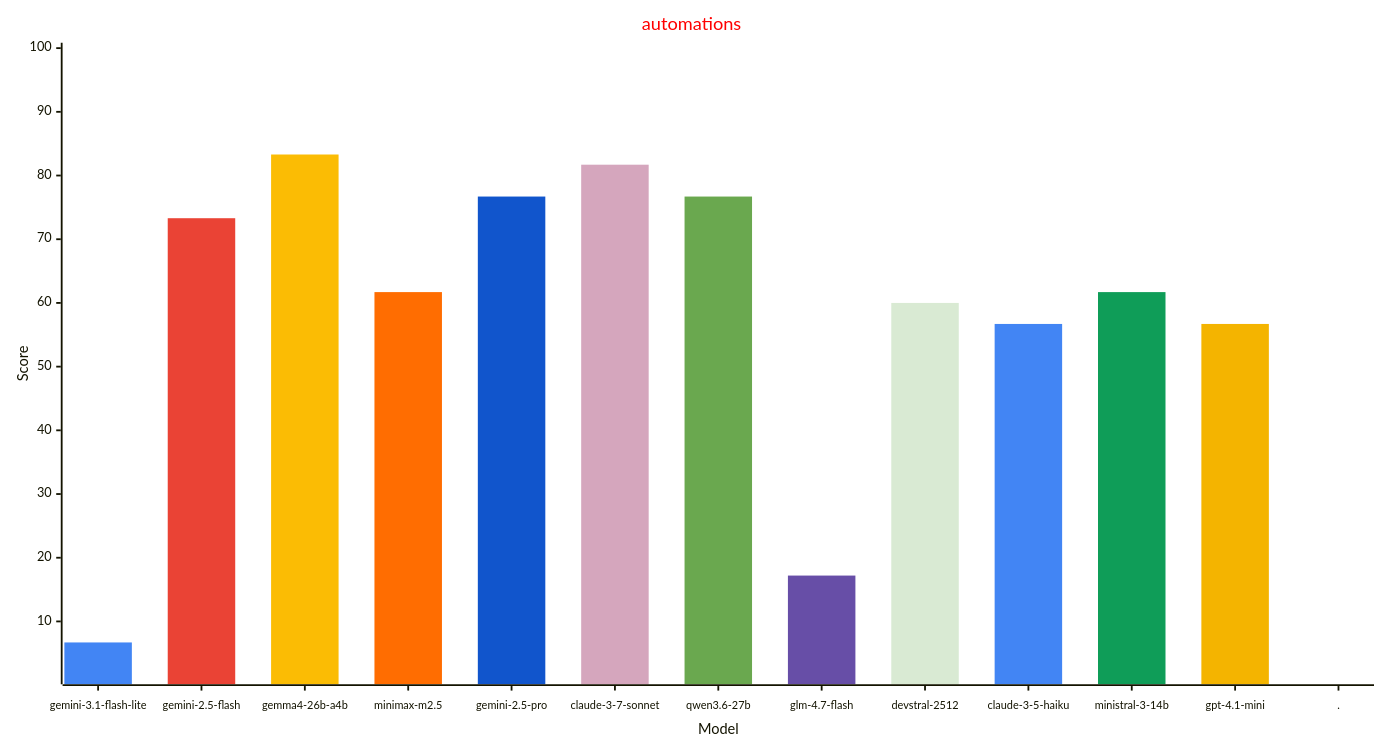
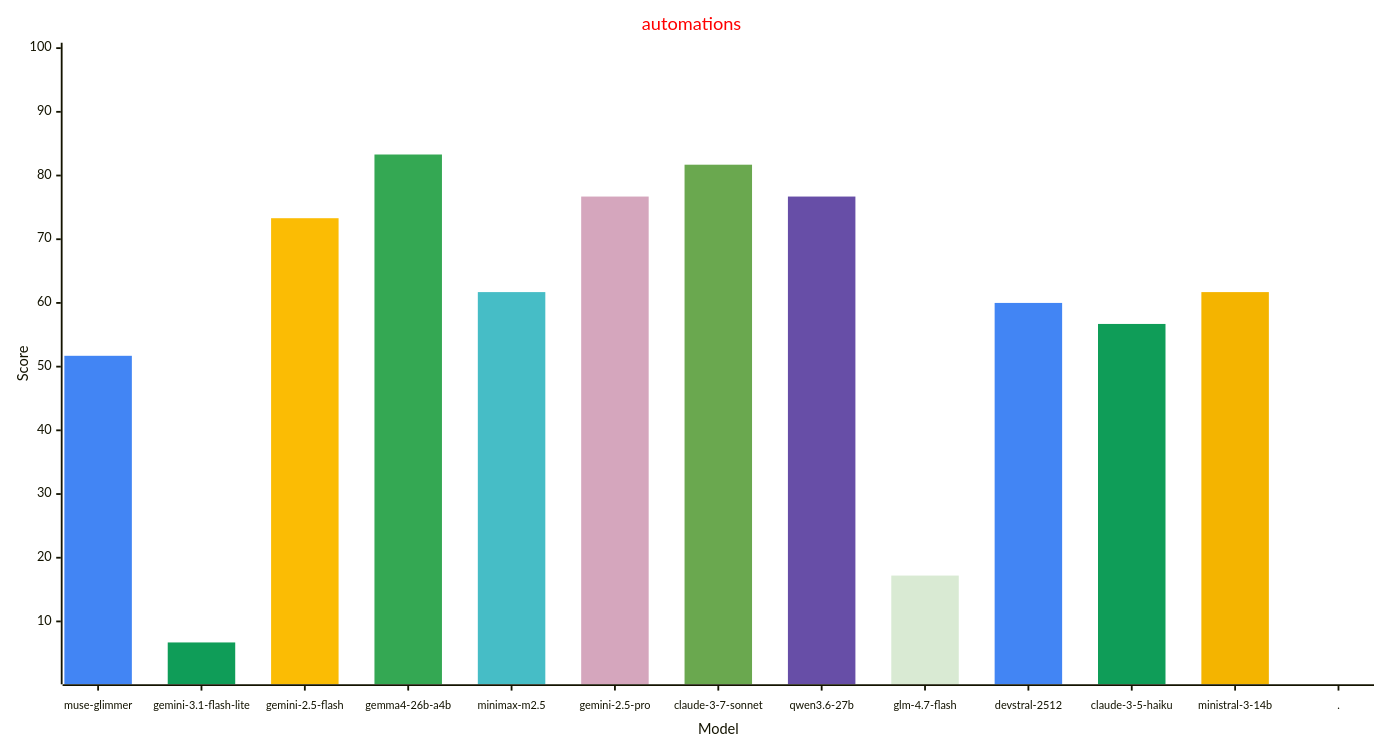
One commit to allenporter/home-assistant-datasets changed the fourth of 4 diagrams in reports/README.md. Above: the diagram before and after it, drawn with Mermaid. The commit also changed other lines of this file and 1087 other files, not shown here.

First line of the commit message:
Add report for Muse Glimmer (#339)

````diff
--- a/reports/README.md
+++ b/reports/README.md
@@ -232,33 +233,33 @@
 ```mermaid
 ---
 config:
     xyChart:
         width: 1500
         height: 800
         xAxis:
           labelFontSize: 12
           labelPadding: 8
     themeVariables:
         xyChart:
             titleColor: "#ff0000"
-            plotColorPalette: "#4285f4, #ea4335, #fbbc04, #ff6d01, #1155cc, #d5a6bd, #6aa84f, #674ea7, #d9ead3, #4285f4, #0f9d58, #f4b400, #4285f4"
+            plotColorPalette: "#4285f4, #0f9d58, #fbbc04, #34a853, #46bdc6, #d5a6bd, #6aa84f, #674ea7, #d9ead3, #4285f4, #0f9d58, #f4b400, #4285f4"
 
 ---
 xychart-beta
   title "automations"
-  x-axis "Model" [gemini-3.1-flash-lite, gemini-2.5-flash, gemma4-26b-a4b, minimax-m2.5, gemini-2.5-pro, claude-3-7-sonnet, qwen3.6-27b, glm-4.7-flash, devstral-2512, claude-3-5-haiku, ministral-3-14b, gpt-4.1-mini, .]
+  x-axis "Model" [muse-glimmer, gemini-3.1-flash-lite, gemini-2.5-flash, gemma4-26b-a4b, minimax-m2.5, gemini-2.5-pro, claude-3-7-sonnet, qwen3.6-27b, glm-4.7-flash, devstral-2512, claude-3-5-haiku, ministral-3-14b, .]
   y-axis "Score" 1 --> 100
-  bar [6.7, 0.0, 0.0, 0.0, 0.0, 0.0, 0.0, 0.0, 0.0, 0.0, 0.0, 0.0, 0.0]
-  bar [0.0, 73.3, 0.0, 0.0, 0.0, 0.0, 0.0, 0.0, 0.0, 0.0, 0.0, 0.0, 0.0]
-  bar [0.0, 0.0, 83.3, 0.0, 0.0, 0.0, 0.0, 0.0, 0.0, 0.0, 0.0, 0.0, 0.0]
-  bar [0.0, 0.0, 0.0, 61.7, 0.0, 0.0, 0.0, 0.0, 0.0, 0.0, 0.0, 0.0, 0.0]
-  bar [0.0, 0.0, 0.0, 0.0, 76.7, 0.0, 0.0, 0.0, 0.0, 0.0, 0.0, 0.0, 0.0]
-  bar [0.0, 0.0, 0.0, 0.0, 0.0, 81.7, 0.0, 0.0, 0.0, 0.0, 0.0, 0.0, 0.0]
-  bar [0.0, 0.0, 0.0, 0.0, 0.0, 0.0, 76.7, 0.0, 0.0, 0.0, 0.0, 0.0, 0.0]
-  bar [0.0, 0.0, 0.0, 0.0, 0.0, 0.0, 0.0, 17.2, 0.0, 0.0, 0.0, 0.0, 0.0]
-  bar [0.0, 0.0, 0.0, 0.0, 0.0, 0.0, 0.0, 0.0, 60.0, 0.0, 0.0, 0.0, 0.0]
-  bar [0.0, 0.0, 0.0, 0.0, 0.0, 0.0, 0.0, 0.0, 0.0, 56.7, 0.0, 0.0, 0.0]
-  bar [0.0, 0.0, 0.0, 0.0, 0.0, 0.0, 0.0, 0.0, 0.0, 0.0, 61.7, 0.0, 0.0]
-  bar [0.0, 0.0, 0.0, 0.0, 0.0, 0.0, 0.0, 0.0, 0.0, 0.0, 0.0, 56.7, 0.0]
+  bar [51.7, 0.0, 0.0, 0.0, 0.0, 0.0, 0.0, 0.0, 0.0, 0.0, 0.0, 0.0, 0.0]
+  bar [0.0, 6.7, 0.0, 0.0, 0.0, 0.0, 0.0, 0.0, 0.0, 0.0, 0.0, 0.0, 0.0]
+  bar [0.0, 0.0, 73.3, 0.0, 0.0, 0.0, 0.0, 0.0, 0.0, 0.0, 0.0, 0.0, 0.0]
+  bar [0.0, 0.0, 0.0, 83.3, 0.0, 0.0, 0.0, 0.0, 0.0, 0.0, 0.0, 0.0, 0.0]
+  bar [0.0, 0.0, 0.0, 0.0, 61.7, 0.0, 0.0, 0.0, 0.0, 0.0, 0.0, 0.0, 0.0]
+  bar [0.0, 0.0, 0.0, 0.0, 0.0, 76.7, 0.0, 0.0, 0.0, 0.0, 0.0, 0.0, 0.0]
+  bar [0.0, 0.0, 0.0, 0.0, 0.0, 0.0, 81.7, 0.0, 0.0, 0.0, 0.0, 0.0, 0.0]
+  bar [0.0, 0.0, 0.0, 0.0, 0.0, 0.0, 0.0, 76.7, 0.0, 0.0, 0.0, 0.0, 0.0]
+  bar [0.0, 0.0, 0.0, 0.0, 0.0, 0.0, 0.0, 0.0, 17.2, 0.0, 0.0, 0.0, 0.0]
+  bar [0.0, 0.0, 0.0, 0.0, 0.0, 0.0, 0.0, 0.0, 0.0, 60.0, 0.0, 0.0, 0.0]
+  bar [0.0, 0.0, 0.0, 0.0, 0.0, 0.0, 0.0, 0.0, 0.0, 0.0, 56.7, 0.0, 0.0]
+  bar [0.0, 0.0, 0.0, 0.0, 0.0, 0.0, 0.0, 0.0, 0.0, 0.0, 0.0, 61.7, 0.0]
   bar [0.0, 0.0, 0.0, 0.0, 0.0, 0.0, 0.0, 0.0, 0.0, 0.0, 0.0, 0.0, -1.0]
 ```
````
